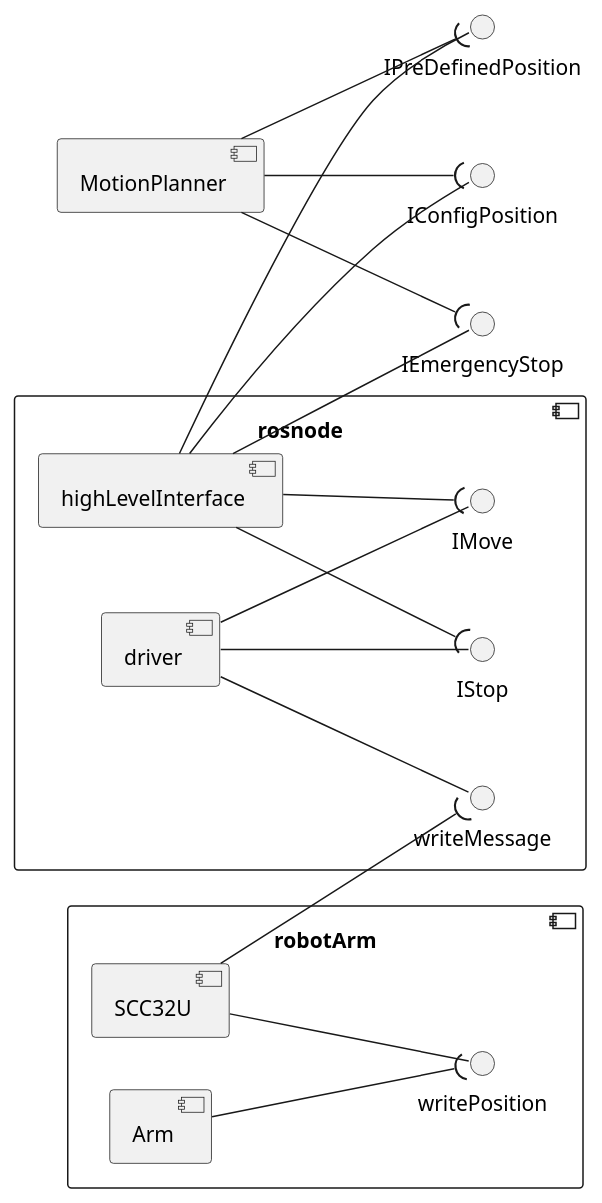
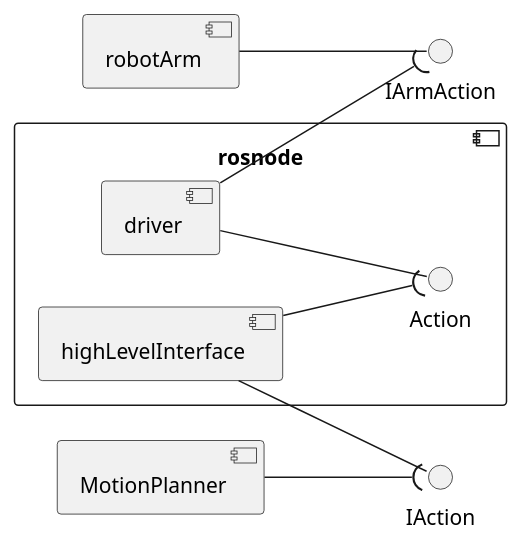
The diagram in documentation/componentDiagram.plantuml (JochemGrootherder1/WorWorld), drawn with PlantUML before and after one commit.

Commit message:
component diagram

```diff
--- a/documentation/componentDiagram.plantuml
+++ b/documentation/componentDiagram.plantuml
@@ -1,32 +1,21 @@
 @startuml
 left to right direction
 
-
-    [MotionPlanner] --( IPreDefinedPosition
-    [MotionPlanner] --( IConfigPosition
-    [MotionPlanner] --( IEmergencyStop
+    [MotionPlanner] --( IAction
 
 
 component rosnode{
     component highLevelInterface
-    [highLevelInterface] --( IMove
-    [highLevelInterface] --( IStop
-    [highLevelInterface] -- IPreDefinedPosition
-    [highLevelInterface] -- IConfigPosition
-    [highLevelInterface] -- IEmergencyStop
+    [highLevelInterface] --( Action
+    [highLevelInterface] -- IAction
     
     component driver
-    [driver] -- IMove
-    [driver] -- IStop
-    [driver] -- writeMessage
+    [driver] -- Action
+
 }
-
+    driver --( IArmAction
 component robotArm{
-    component Arm
-    component SCC32U
-    [SCC32U] --( writeMessage
-    [Arm] --( writePosition
-    [SCC32U] -- writePosition
 }
+    robotArm -- IArmAction
 
 @enduml
```
